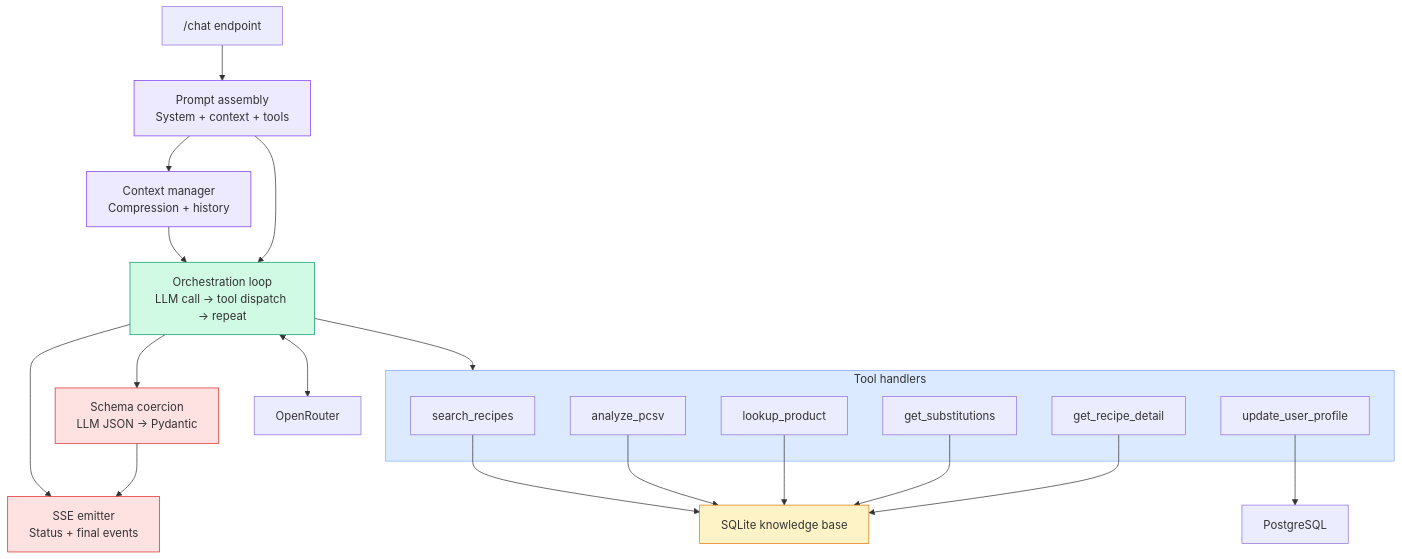
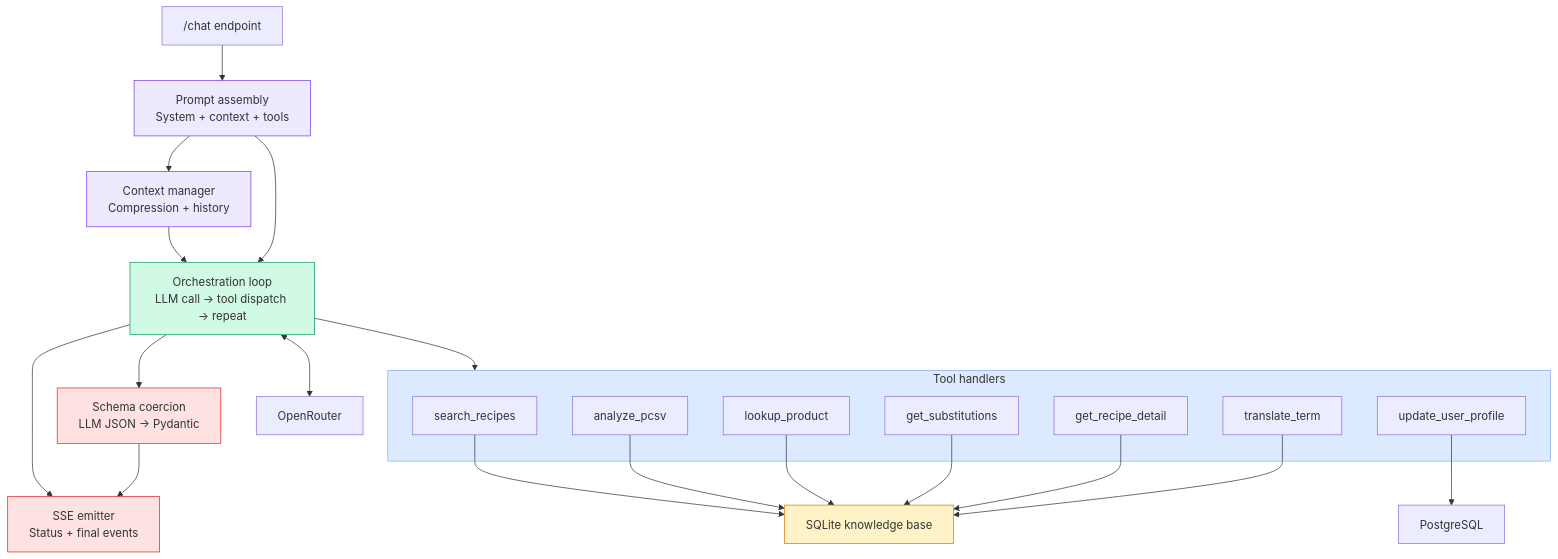
The second of 2 diagrams in docs/00-specs/ai-layer-architecture-v2.md (iDako7/Smart_Grocery_Agent), drawn with Mermaid before and after one commit. The commit also changed other lines of this file and 5 other files, not shown here.

First line of the commit message:
Update architecture docs for Phase 2: remove OQ-1, normalize 7 tools, confirm frontend stack

````diff
--- a/docs/00-specs/ai-layer-architecture-v2.md
+++ b/docs/00-specs/ai-layer-architecture-v2.md
@@ -60,46 +60,48 @@
 ```mermaid
 graph TB
     EP["/chat endpoint"]
     PA["Prompt assembly<br/>System + context + tools"]
     CM["Context manager<br/>Compression + history"]
     OL["Orchestration loop<br/>LLM call → tool dispatch → repeat"]
     SSE["SSE emitter<br/>Status + final events"]
     SC["Schema coercion<br/>LLM JSON → Pydantic"]
     OR["OpenRouter"]
 
     subgraph tools ["Tool handlers"]
         T1["search_recipes"]
         T2["analyze_pcsv"]
         T3["lookup_product"]
         T4["get_substitutions"]
         T5["get_recipe_detail"]
         T6["update_user_profile"]
+        T7["translate_term"]
     end
 
     KB["SQLite knowledge base"]
     PG["PostgreSQL"]
 
     EP --> PA
     PA --> CM
     CM --> OL
     PA --> OL
     OL <--> OR
     OL --> SSE
     OL --> SC
     SC --> SSE
     OL --> tools
     T1 --> KB
     T2 --> KB
     T3 --> KB
     T4 --> KB
     T5 --> KB
     T6 --> PG
+    T7 --> KB
 
     style OL fill:#d1fae5,stroke:#059669,stroke-width:1px
     style PA fill:#ede9fe,stroke:#7c3aed,stroke-width:1px
     style CM fill:#ede9fe,stroke:#7c3aed,stroke-width:1px
     style SSE fill:#fee2e2,stroke:#dc2626,stroke-width:1px
     style SC fill:#fee2e2,stroke:#dc2626,stroke-width:1px
     style KB fill:#fef3c7,stroke:#d97706,stroke-width:1px
     style tools fill:#dbeafe,stroke:#2563eb,stroke-width:0.5px
 ```
````
